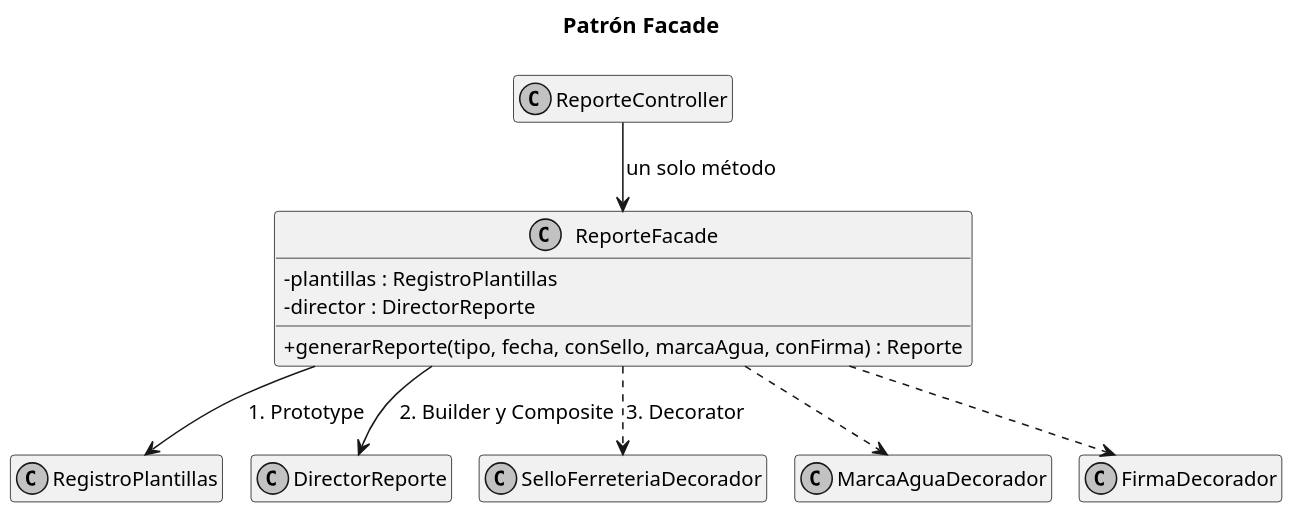
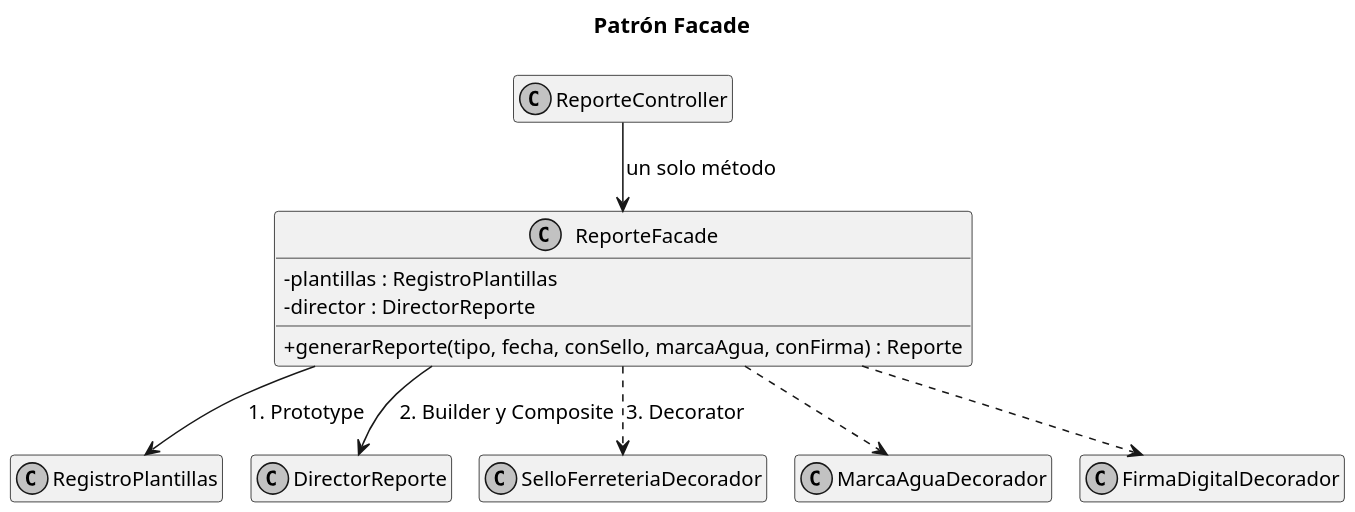
The diagram in docs/uml/7-facade.puml (oropezadev-wq/ferreteria-ventas), drawn with PlantUML before and after one commit. The commit also changed 62 other files, not shown here.

```diff
--- a/docs/uml/7-facade.puml
+++ b/docs/uml/7-facade.puml
@@ -1,29 +1,29 @@
 @startuml
 !pragma layout smetana
 skinparam classAttributeIconSize 0
 skinparam dpi 150
 skinparam shadowing false
 skinparam monochrome true
 skinparam defaultFontName Arial
 skinparam defaultFontSize 13
 skinparam packageStyle rectangle
 hide empty members
 title Patrón Facade
 class ReporteController
 class ReporteFacade {
   - plantillas : RegistroPlantillas
   - director : DirectorReporte
   + generarReporte(tipo, fecha, conSello, marcaAgua, conFirma) : Reporte
 }
 class RegistroPlantillas
 class DirectorReporte
 class SelloFerreteriaDecorador
 class MarcaAguaDecorador
-class FirmaDecorador
+class FirmaDigitalDecorador
 ReporteController --> ReporteFacade : un solo método
 ReporteFacade --> RegistroPlantillas : 1. Prototype
 ReporteFacade --> DirectorReporte : 2. Builder y Composite
 ReporteFacade ..> SelloFerreteriaDecorador : 3. Decorator
 ReporteFacade ..> MarcaAguaDecorador
-ReporteFacade ..> FirmaDecorador
+ReporteFacade ..> FirmaDigitalDecorador
 @enduml
```
